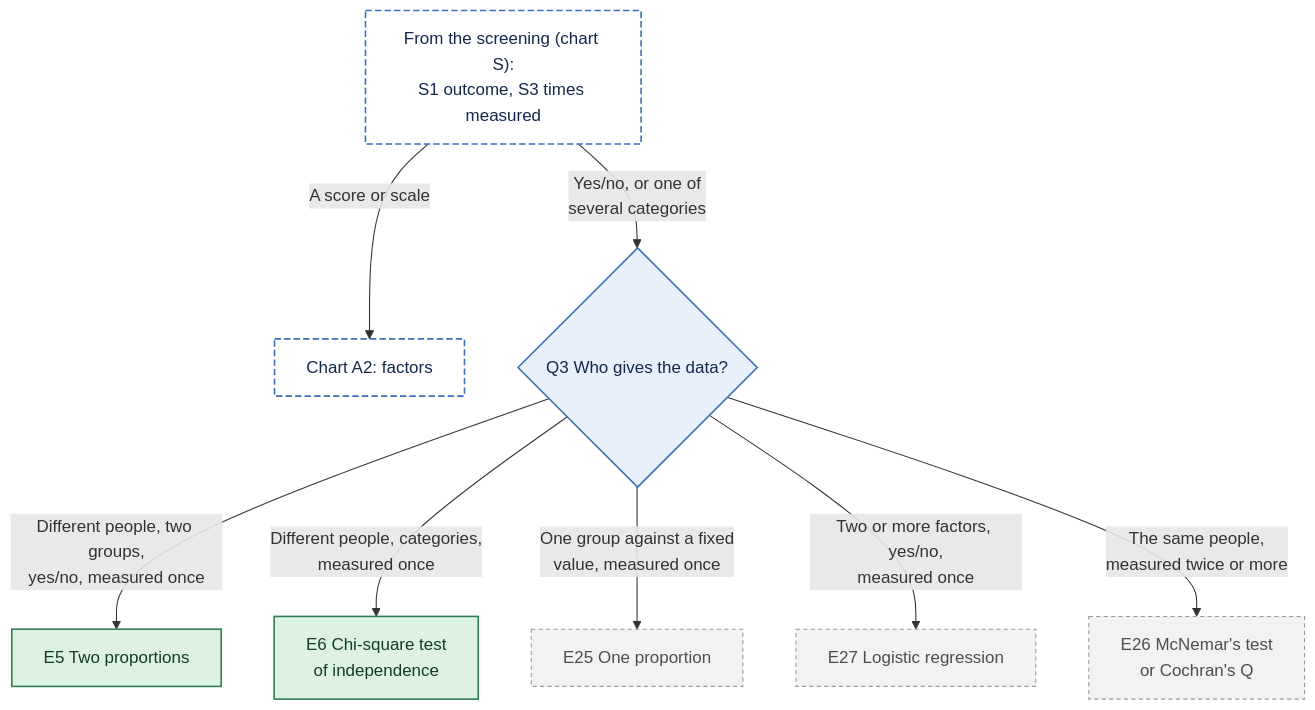
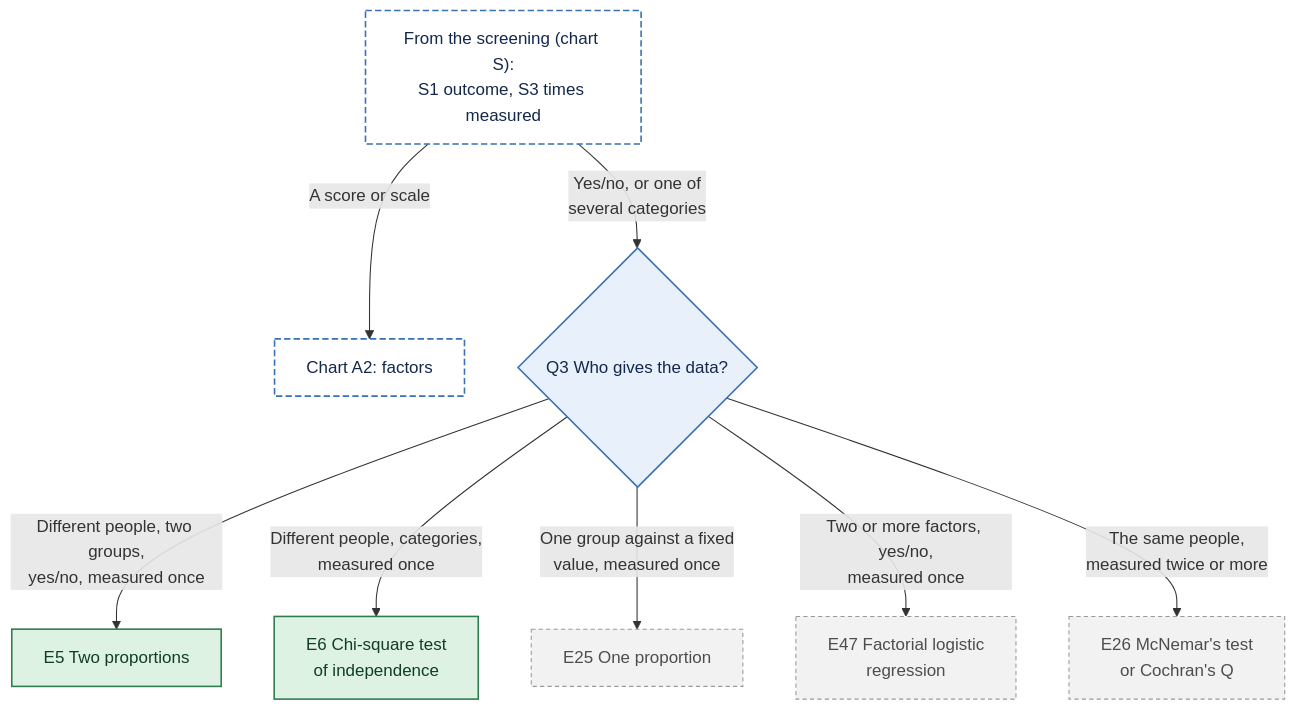
Before and after one commit to JoelThornton/Powerkit: the diagram in docs/figures/decision-tree/A1-difference-outcome.mmd, drawn with Mermaid. The commit also changed 16 other files, not shown here.

```diff
--- a/docs/figures/decision-tree/A1-difference-outcome.mmd
+++ b/docs/figures/decision-tree/A1-difference-outcome.mmd
@@ -1,18 +1,18 @@
 flowchart TD
   S["From the screening (chart S):<br/>S1 outcome, S3 times measured"]
   S -->|A score or scale| A2["Chart A2: factors"]
   S -->|Yes/no, or one of<br/>several categories| Q3y{"Q3 Who gives the data?"}
   Q3y -->|Different people, two groups,<br/>yes/no, measured once| E5["E5 Two proportions"]
   Q3y -->|Different people, categories,<br/>measured once| E6["E6 Chi-square test<br/>of independence"]
   Q3y -->|One group against a fixed<br/>value, measured once| E25["E25 One proportion"]
-  Q3y -->|Two or more factors, yes/no,<br/>measured once| E27["E27 Logistic regression"]
+  Q3y -->|Two or more factors, yes/no,<br/>measured once| E47["E47 Factorial logistic<br/>regression"]
   Q3y -->|The same people,<br/>measured twice or more| E26["E26 McNemar's test<br/>or Cochran's Q"]
   class Q3y q
   class E5,E6 avail
-  class E25,E26,E27 later
+  class E25,E26,E47 later
   class S,A2 jump
   classDef q fill:#E8F0FB,stroke:#3B6FB6,color:#14284B,stroke-width:1.5px
   classDef avail fill:#DDF2E3,stroke:#2E7D4F,color:#123D24,stroke-width:1.5px
   classDef spec fill:#FFF0D1,stroke:#B97A00,color:#4A3200,stroke-width:1.5px
   classDef later fill:#F2F2F2,stroke:#9A9A9A,color:#4D4D4D,stroke-width:1px,stroke-dasharray:4 3
   classDef jump fill:#FFFFFF,stroke:#3B6FB6,color:#14284B,stroke-width:1.5px,stroke-dasharray:6 3
```
